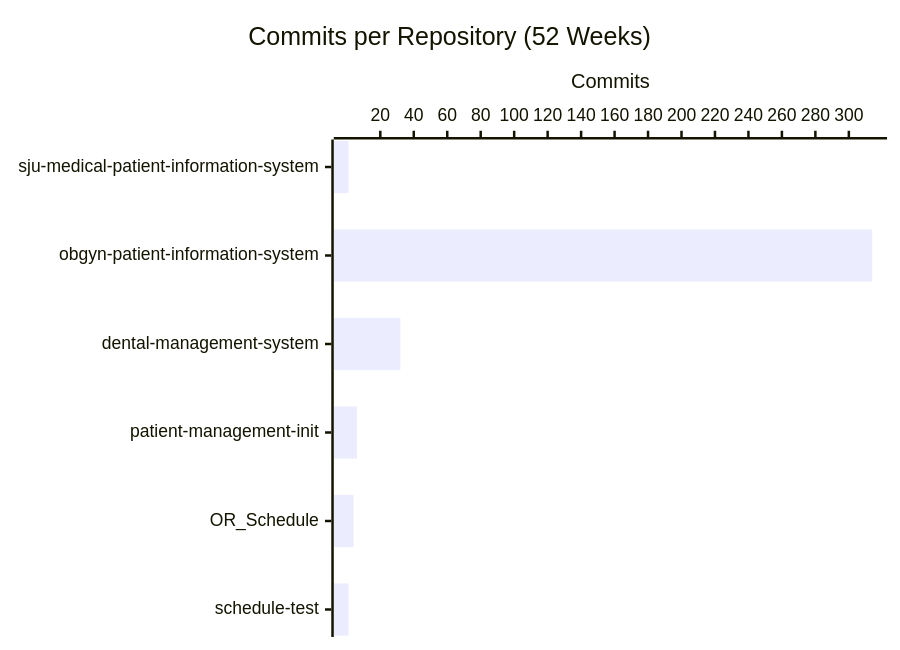
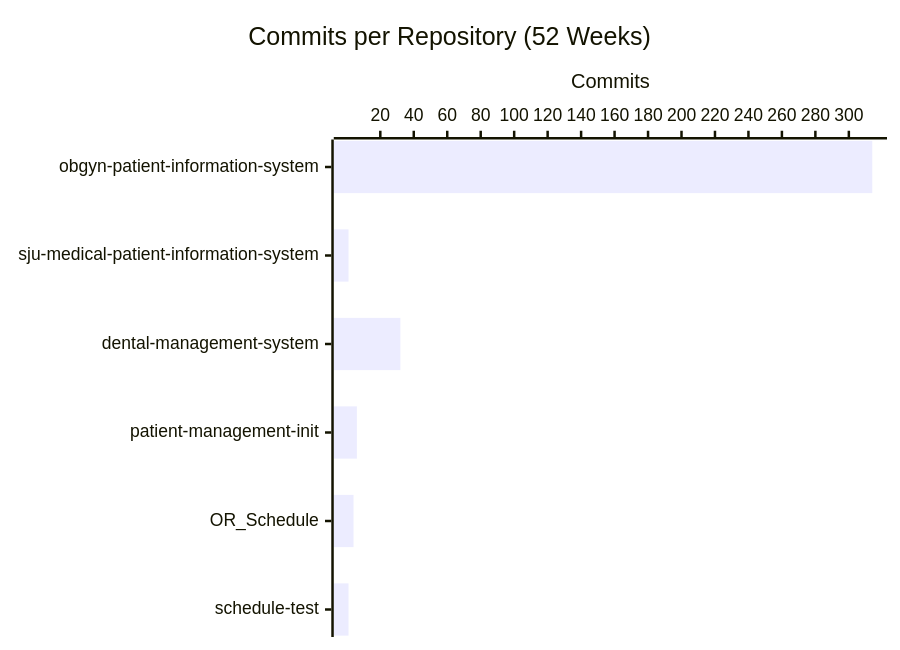
One commit to CSTH-Projects/.github changed the second of 4 diagrams in profile/README.md. Above: the diagram before and after it, drawn with Mermaid. The commit also changed other lines of this file, not shown here.

````diff
--- a/profile/README.md
+++ b/profile/README.md
@@ -24,7 +24,7 @@
 ```mermaid
 xychart-beta horizontal
     title "Commits per Repository (52 Weeks)"
-    x-axis ["sju-medical-patient-information-system", "obgyn-patient-information-system", "dental-management-system", "patient-management-init", "OR_Schedule", "schedule-test"]
+    x-axis ["obgyn-patient-information-system", "sju-medical-patient-information-system", "dental-management-system", "patient-management-init", "OR_Schedule", "schedule-test"]
     y-axis "Commits"
-    bar [1, 314, 32, 6, 4, 1]
+    bar [314, 1, 32, 6, 4, 1]
 ```
````
